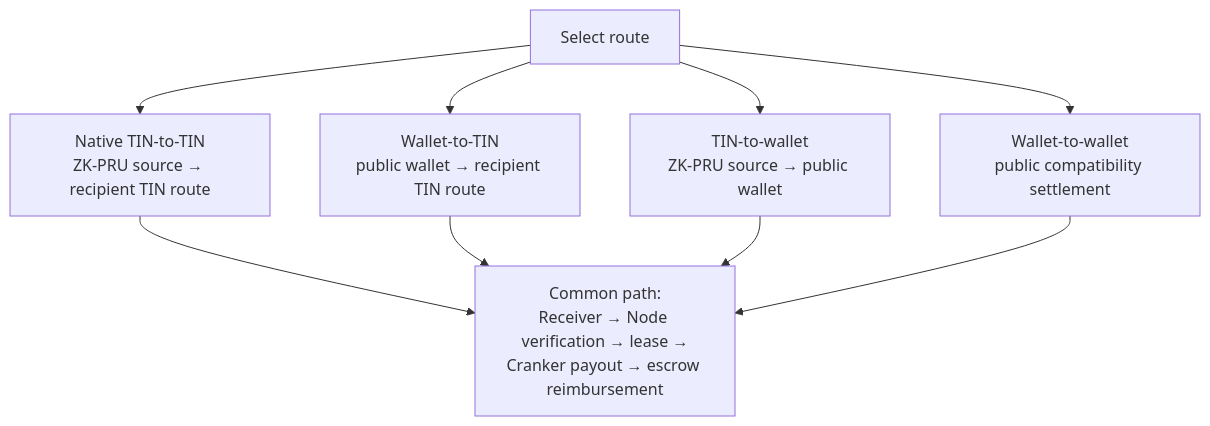
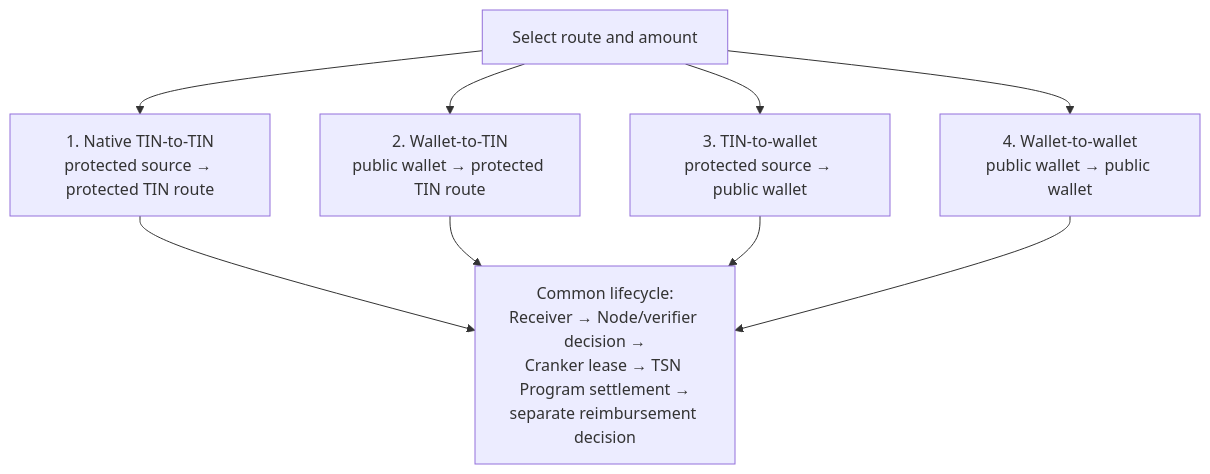
One commit to bigdreamsweb3/trustlink-pay changed the second of 2 diagrams in docs/tsn-transaction-explorer.md. Above: the diagram before and after it, drawn with Mermaid. The commit also changed other lines of this file and 6 other files, not shown here.

````diff
--- a/docs/tsn-transaction-explorer.md
+++ b/docs/tsn-transaction-explorer.md
@@ -91,12 +95,12 @@
 ```mermaid
 flowchart TD
-    SELECT["Select route"]
-    SELECT --> T2T["Native TIN-to-TIN<br/>ZK-PRU source → recipient TIN route"]
-    SELECT --> W2T["Wallet-to-TIN<br/>public wallet → recipient TIN route"]
-    SELECT --> T2W["TIN-to-wallet<br/>ZK-PRU source → public wallet"]
-    SELECT --> W2W["Wallet-to-wallet<br/>public compatibility settlement"]
-    T2T --> COMMON["Common path:<br/>Receiver → Node verification → lease →<br/>Cranker payout → escrow reimbursement"]
-    W2T --> COMMON
-    T2W --> COMMON
-    W2W --> COMMON
+    SELECT["Select route and amount"]
+    SELECT --> A["1. Native TIN-to-TIN<br/>protected source → protected TIN route"]
+    SELECT --> B["2. Wallet-to-TIN<br/>public wallet → protected TIN route"]
+    SELECT --> C["3. TIN-to-wallet<br/>protected source → public wallet"]
+    SELECT --> D["4. Wallet-to-wallet<br/>public wallet → public wallet"]
+    A --> COMMON["Common lifecycle:<br/>Receiver → Node/verifier decision →<br/>Cranker lease → TSN Program settlement →<br/>separate reimbursement decision"]
+    B --> COMMON
+    C --> COMMON
+    D --> COMMON
 ```
````
